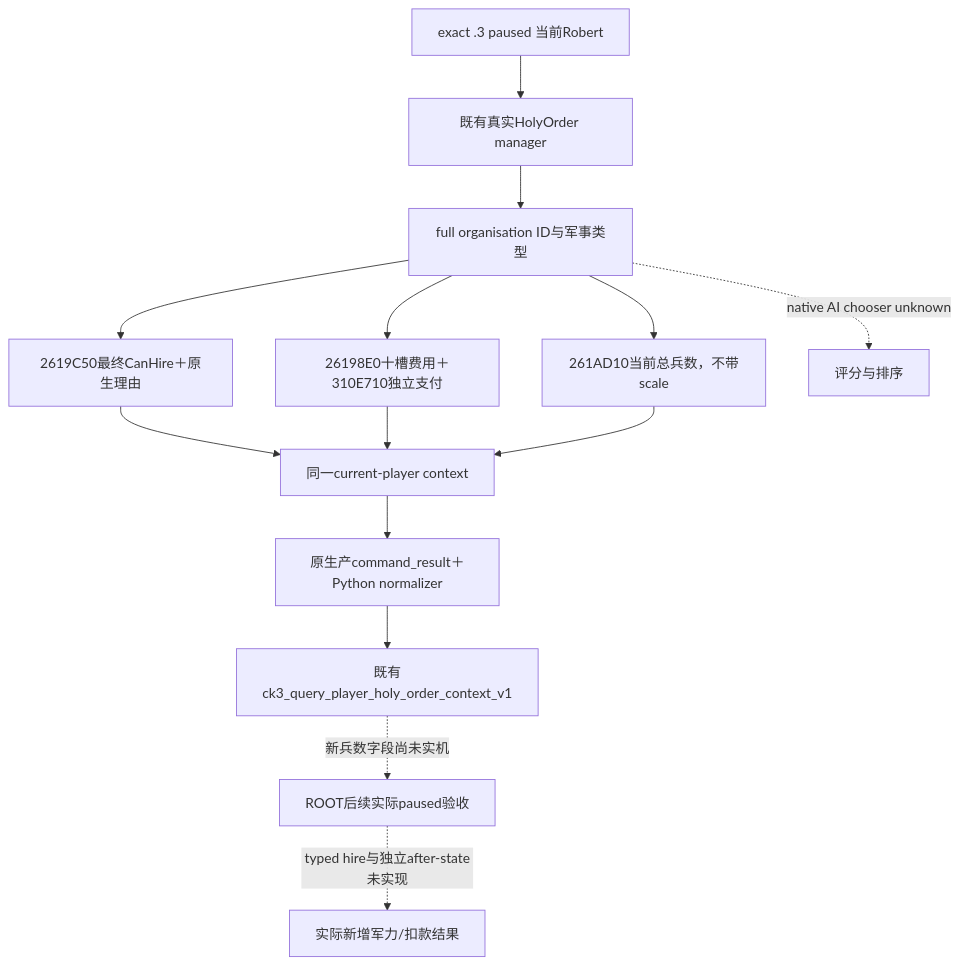
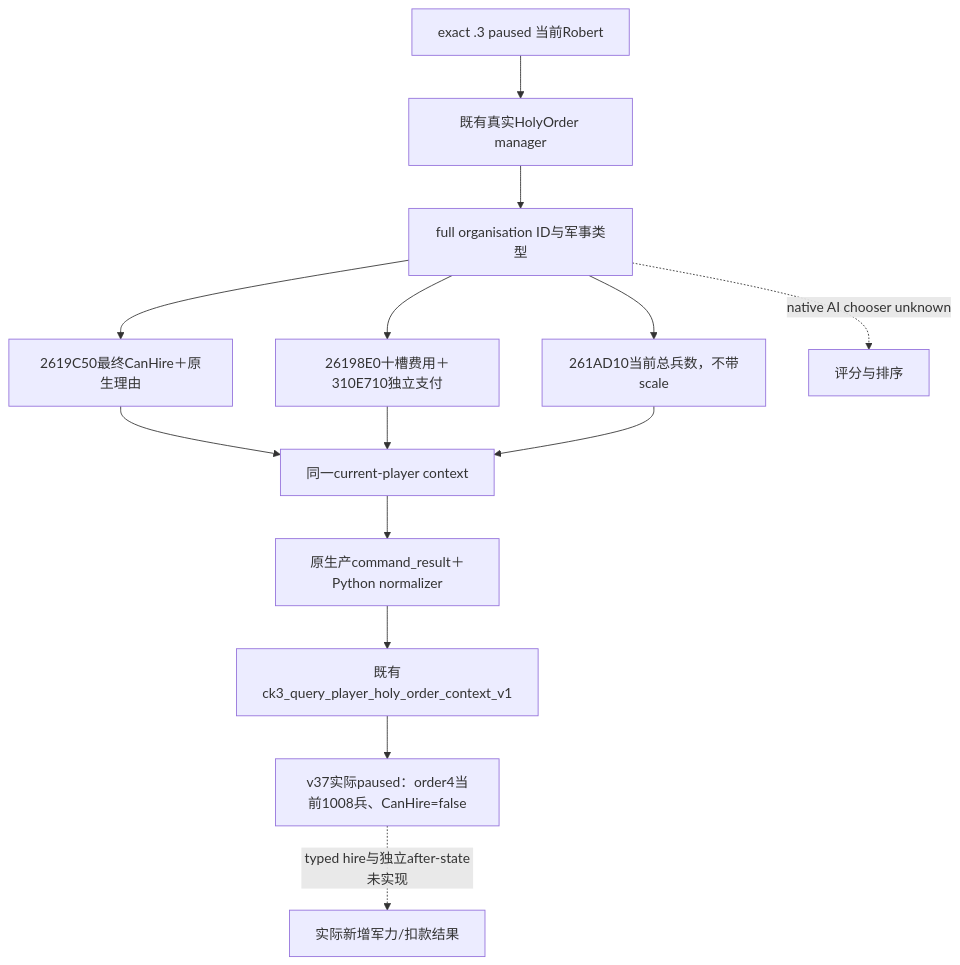
The diagram in docs/ck3-native-ai/religion-holy-order-current-soldiers-native-observation-12003.md (XenoAmess/ck3_eternal_recurrence), drawn with Mermaid before and after one commit. The commit also changed other lines of this file and 16 other files, not shown here.

````diff
--- a/docs/ck3-native-ai/religion-holy-order-current-soldiers-native-observation-12003.md
+++ b/docs/ck3-native-ai/religion-holy-order-current-soldiers-native-observation-12003.md
@@ -32,16 +32,16 @@
 ```mermaid
 flowchart TD
   A[exact .3 paused 当前Robert] --> M[既有真实HolyOrder manager]
   M --> R[full organisation ID与军事类型]
   R --> H[2619C50最终CanHire＋原生理由]
   R --> P[26198E0十槽费用＋310E710独立支付]
   R --> S[261AD10当前总兵数，不带scale]
   H --> C[同一current-player context]
   P --> C
   S --> C
   C --> J[原生产command_result＋Python normalizer]
   J --> Q[既有ck3_query_player_holy_order_context_v1]
-  Q -. 新兵数字段尚未实机 .-> L[ROOT后续实际paused验收]
+  Q --> L[v37实际paused：order4当前1008兵、CanHire=false]
   R -. native AI chooser unknown .-> U[评分与排序]
   L -. typed hire与独立after-state未实现 .-> O[实际新增军力/扣款结果]
 ```
````
